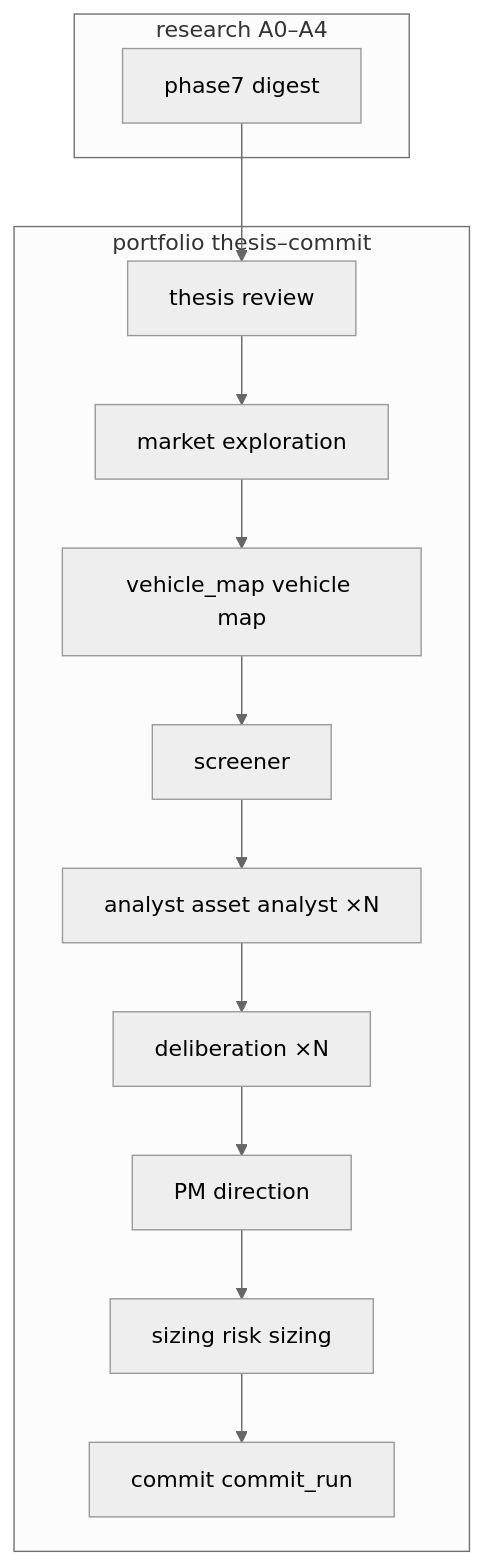
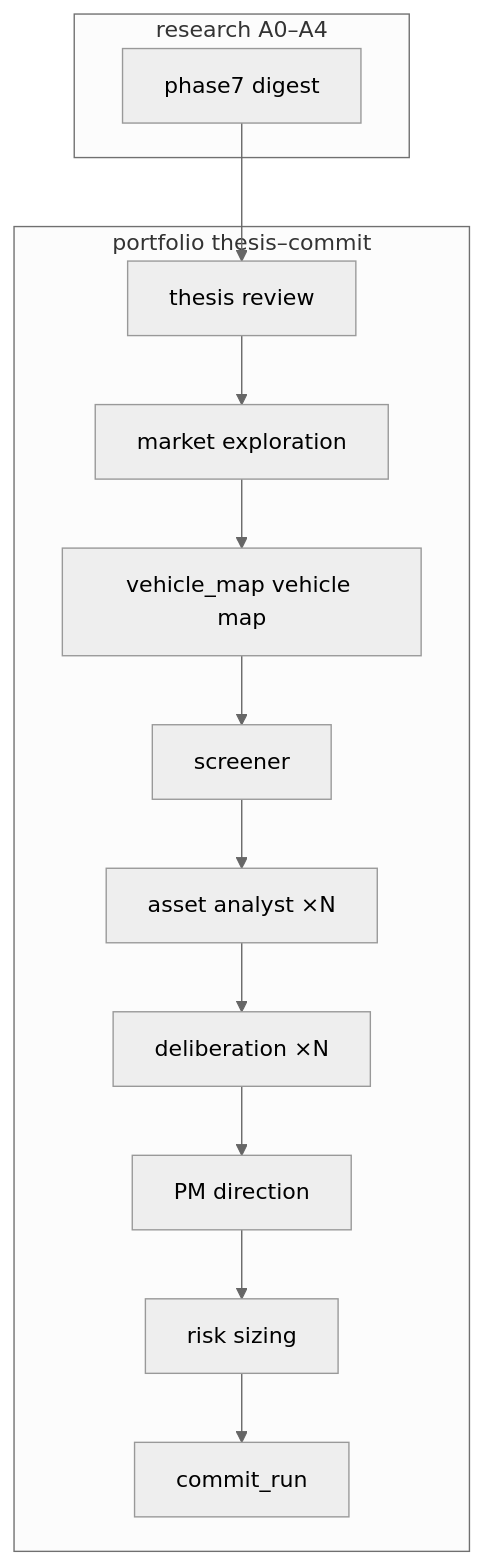
Before and after one commit to digithings-ai/digithings: the diagram in digiquant/src/digiquant/portfolio/docs/ARCHITECTURE.md, drawn with Mermaid (neutral theme). The commit also changed other lines of this file and 24 other files, not shown here.

````diff
--- a/digiquant/src/digiquant/portfolio/docs/ARCHITECTURE.md
+++ b/digiquant/src/digiquant/portfolio/docs/ARCHITECTURE.md
@@ -614,21 +614,21 @@
 ```mermaid
 flowchart TB
   subgraph research["research A0–A4"]
     dig["phase7 digest"]
   end
 
   subgraph portfolio["portfolio thesis–commit"]
     thesis["thesis review"]
     market["market exploration"]
     vehicle_map["vehicle_map vehicle map"]
     screener["screener"]
-    analyst["analyst asset analyst ×N"]
+    analyst["asset analyst ×N"]
     deliberation["deliberation ×N"]
     direction["PM direction"]
-    sizing["sizing risk sizing"]
-    commit["commit commit_run"]
+    sizing["risk sizing"]
+    commit["commit_run"]
     thesis --> market --> vehicle_map --> screener --> analyst --> deliberation --> direction --> sizing --> commit
   end
 
   dig --> thesis
 ```
````
